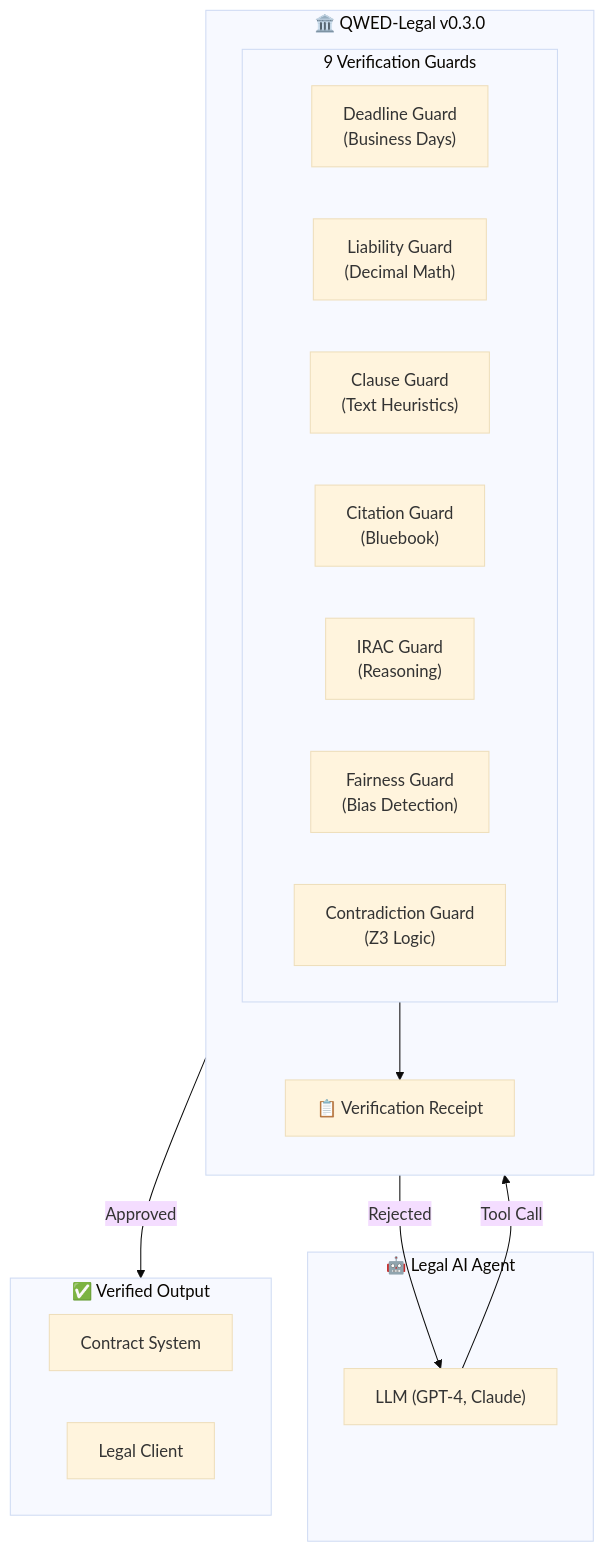
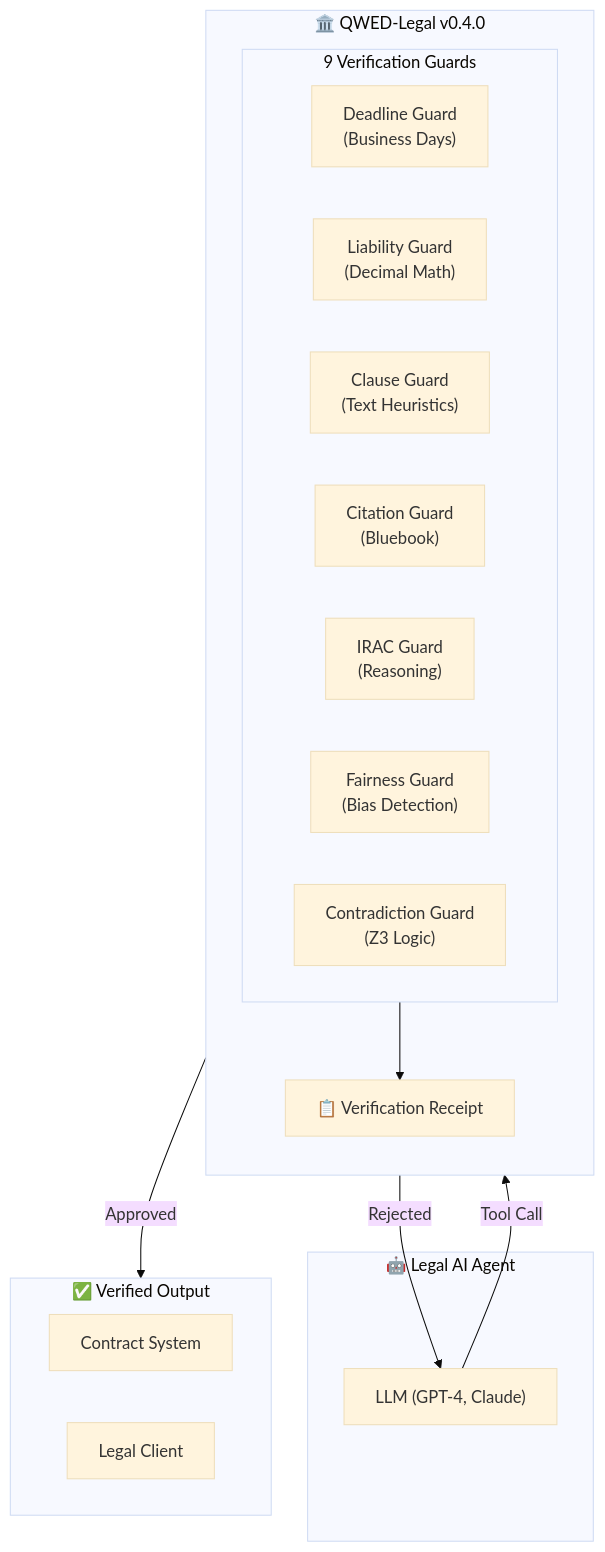
One commit to QWED-AI/docs changed the first of 2 diagrams in legal/overview.mdx. Above: the diagram before and after it, drawn with Mermaid (base theme). The commit also changed other lines of this file and 1 other file, not shown here.

Commit message:
docs: add ProvenanceGuard to QWED Legal documentation

````diff
--- a/legal/overview.mdx
+++ b/legal/overview.mdx
@@ -76,30 +77,30 @@
 ```mermaid
 flowchart TB
     subgraph Agent["🤖 Legal AI Agent"]
         LLM["LLM (GPT-4, Claude)"]
     end
     
-    subgraph QWED["🏛️ QWED-Legal v0.3.0"]
+    subgraph QWED["🏛️ QWED-Legal v0.4.0"]
         direction TB
         subgraph Guards["9 Verification Guards"]
             DG["Deadline Guard<br/>(Business Days)"]
             LG["Liability Guard<br/>(Decimal Math)"]
             CG["Clause Guard<br/>(Text Heuristics)"]
             CTG["Citation Guard<br/>(Bluebook)"]
             IG["IRAC Guard<br/>(Reasoning)"]
             FG["Fairness Guard<br/>(Bias Detection)"]
             CDG["Contradiction Guard<br/>(Z3 Logic)"]
         end
         Receipt["📋 Verification Receipt"]
     end
     
     subgraph Output["✅ Verified Output"]
         Contract["Contract System"]
         Client["Legal Client"]
     end
     
     LLM -->|"Tool Call"| Guards
     Guards --> Receipt
     Receipt -->|"Approved"| Output
     Receipt -->|"Rejected"| LLM
 ```
````
